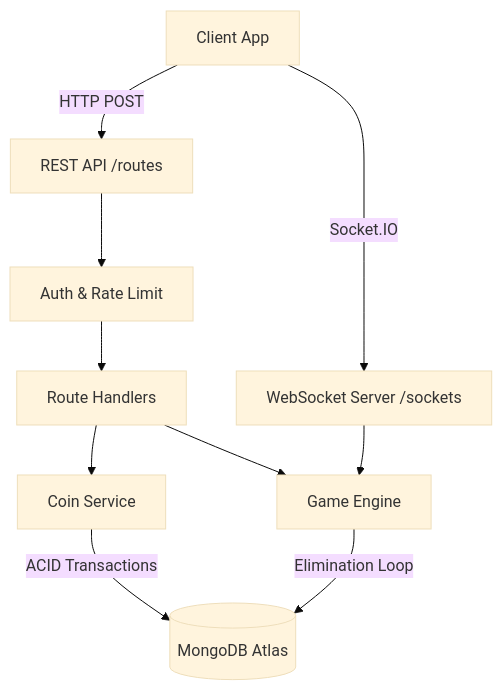
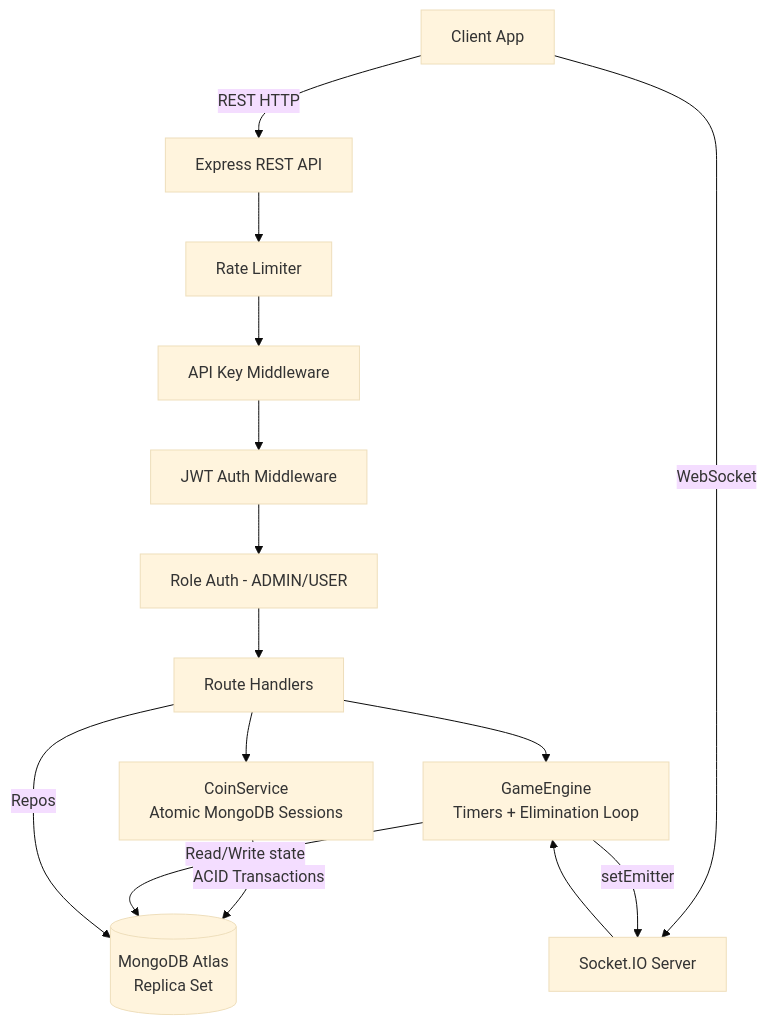
One commit to Priyasaha7/roxstar-spinwheel changed the diagram in README.md. Above: the diagram before and after it, drawn with Mermaid (base theme). The commit also changed other lines of this file and 1 other file, not shown here.

````diff
--- a/README.md
+++ b/README.md
@@ -225,15 +492,23 @@
 ```mermaid
 graph TD
-    Client[Client App] -->|HTTP POST| REST[REST API /routes]
-    Client -->|Socket.IO| WS[WebSocket Server /sockets]
+    Client[Client App]
 
-    REST --> AuthMiddleware[Auth & Rate Limit]
-    AuthMiddleware --> Controllers[Route Handlers]
-    Controllers --> CoinSvc[Coin Service]
-    Controllers --> GameEng[Game Engine]
+    Client -->|REST HTTP| API[Express REST API]
+    Client -->|WebSocket| WS[Socket.IO Server]
+
+    API --> RateLimit[Rate Limiter]
+    RateLimit --> APIKey[API Key Middleware]
+    APIKey --> JWT[JWT Auth Middleware]
+    JWT --> RBAC[Role Auth - ADMIN/USER]
+    RBAC --> Routes[Route Handlers]
+
+    Routes --> CoinSvc[CoinService\nAtomic MongoDB Sessions]
+    Routes --> GameEng[GameEngine\nTimers + Elimination Loop]
 
     WS --> GameEng
+    GameEng -->|setEmitter| WS
 
-    CoinSvc -->|ACID Transactions| MongoDB[(MongoDB Atlas)]
-    GameEng -->|Elimination Loop| MongoDB
+    CoinSvc -->|ACID Transactions| DB[(MongoDB Atlas\nReplica Set)]
+    GameEng -->|Read/Write state| DB
+    Routes -->|Repos| DB
 ```
````
